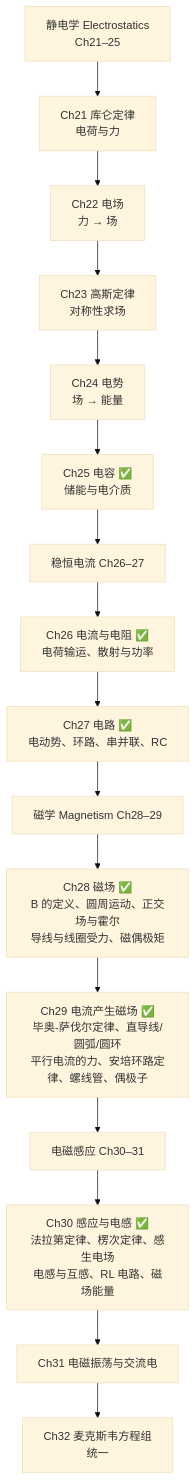
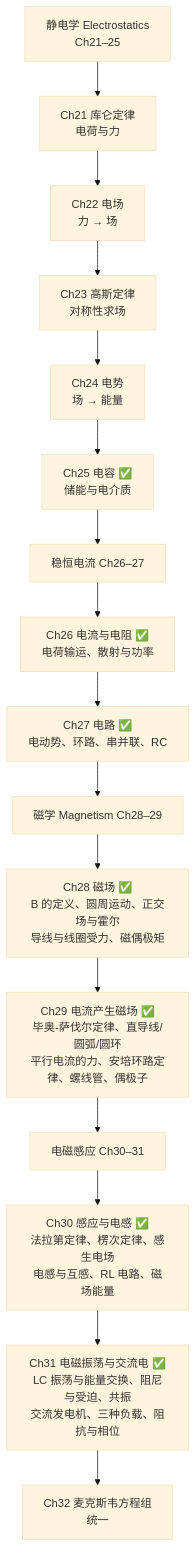
Before and after one commit to KayeAdams515/ClaudeNotes: the first of 9 diagrams in 物理/大学物理（一）/电磁学 MOC.md, drawn with Mermaid (base theme). The commit also changed other lines of this file and 19 other files, not shown here.

Commit message:
整理物理第31章：新增 C31.1–C31.5 讲义与 14 张配图，更新电磁学 MOC

````diff
--- a/物理/大学物理（一）/电磁学 MOC.md
+++ b/物理/大学物理（一）/电磁学 MOC.md
@@ -15,18 +15,18 @@
 ```mermaid
 graph TD
     A["静电学 Electrostatics<br/>Ch21–25"] --> A1["Ch21 库仑定律<br/>电荷与力"]
     A1 --> A2["Ch22 电场<br/>力 → 场"]
     A2 --> A3["Ch23 高斯定律<br/>对称性求场"]
     A3 --> A4["Ch24 电势<br/>场 → 能量"]
     A4 --> A5["Ch25 电容 ✅<br/>储能与电介质"]
     A5 --> B["稳恒电流 Ch26–27"]
     B --> B1["Ch26 电流与电阻 ✅<br/>电荷输运、散射与功率"]
     B1 --> B2["Ch27 电路 ✅<br/>电动势、环路、串并联、RC"]
     B2 --> C["磁学 Magnetism Ch28–29"]
     C --> C1["Ch28 磁场 ✅<br/>B 的定义、圆周运动、正交场与霍尔<br/>导线与线圈受力、磁偶极矩"]
     C1 --> C2["Ch29 电流产生磁场 ✅<br/>毕奥-萨伐尔定律、直导线/圆弧/圆环<br/>平行电流的力、安培环路定律、螺线管、偶极子"]
     C2 --> D["电磁感应 Ch30–31"]
     D --> D1["Ch30 感应与电感 ✅<br/>法拉第定律、楞次定律、感生电场<br/>电感与互感、RL 电路、磁场能量"]
-    D1 --> D2["Ch31 电磁振荡与交流电"]
+    D1 --> D2["Ch31 电磁振荡与交流电 ✅<br/>LC 振荡与能量交换、阻尼与受迫、共振<br/>交流发电机、三种负载、阻抗与相位"]
     D2 --> E["Ch32 麦克斯韦方程组<br/>统一"]
 ```
````
